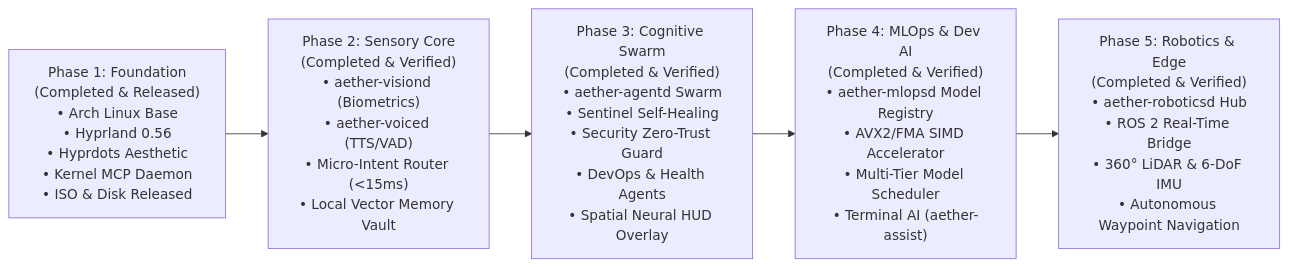
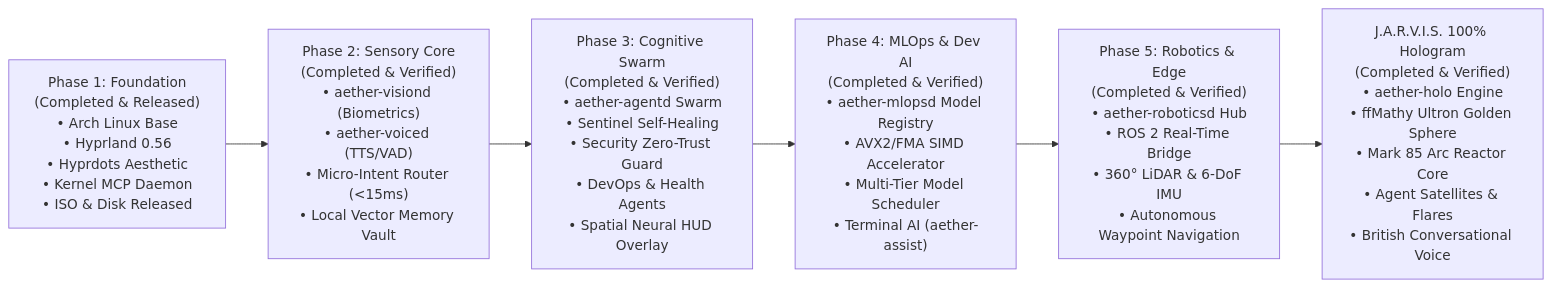
Before and after one commit to talpadeavi03/AetherOS-mini: the fourth of 4 diagrams in docs/AETHEROS_MASTER_ARCHITECTURE.md, drawn with Mermaid. The commit also changed other lines of this file and 17 other files, not shown here.

First line of the commit message:
feat(holo): implement 100% on-screen J.A.R.V.I.S. hologram workshop & ffMathy Ultron golden sphere

````diff
--- a/docs/AETHEROS_MASTER_ARCHITECTURE.md
+++ b/docs/AETHEROS_MASTER_ARCHITECTURE.md
@@ -261,14 +261,16 @@
 ```mermaid
 flowchart LR
     P1["Phase 1: Foundation\n(Completed & Released)\n• Arch Linux Base\n• Hyprland 0.56\n• Hyprdots Aesthetic\n• Kernel MCP Daemon\n• ISO & Disk Released"]
     
     P2["Phase 2: Sensory Core\n(Completed & Verified)\n• aether-visiond (Biometrics)\n• aether-voiced (TTS/VAD)\n• Micro-Intent Router (<15ms)\n• Local Vector Memory Vault"]
     
     P3["Phase 3: Cognitive Swarm\n(Completed & Verified)\n• aether-agentd Swarm\n• Sentinel Self-Healing\n• Security Zero-Trust Guard\n• DevOps & Health Agents\n• Spatial Neural HUD Overlay"]
     
     P4["Phase 4: MLOps & Dev AI\n(Completed & Verified)\n• aether-mlopsd Model Registry\n• AVX2/FMA SIMD Accelerator\n• Multi-Tier Model Scheduler\n• Terminal AI (aether-assist)"]
 
     P5["Phase 5: Robotics & Edge\n(Completed & Verified)\n• aether-roboticsd Hub\n• ROS 2 Real-Time Bridge\n• 360° LiDAR & 6-DoF IMU\n• Autonomous Waypoint Navigation"]
 
-    P1 --> P2 --> P3 --> P4 --> P5
+    P6["J.A.R.V.I.S. 100% Hologram\n(Completed & Verified)\n• aether-holo Engine\n• ffMathy Ultron Golden Sphere\n• Mark 85 Arc Reactor Core\n• Agent Satellites & Flares\n• British Conversational Voice"]
+
+    P1 --> P2 --> P3 --> P4 --> P5 --> P6
 ```
````
